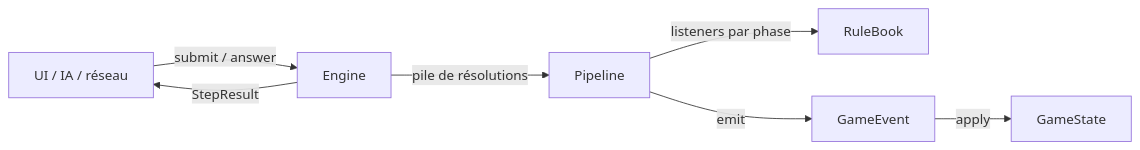
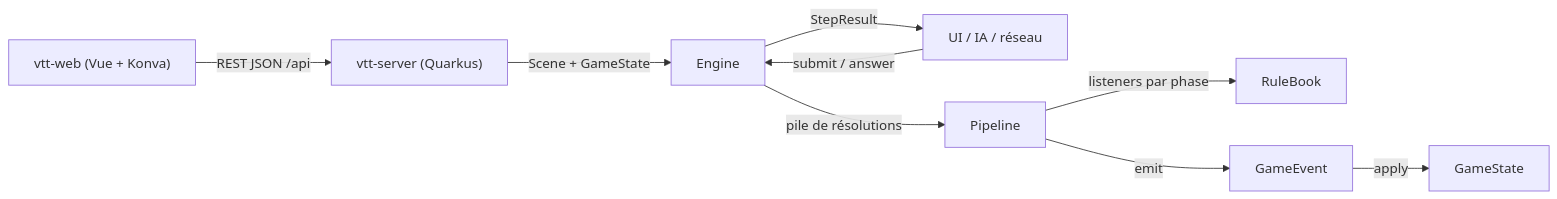
One commit to cyrilhouillon/solo-vtt changed the diagram in aidd_docs/memory/architecture.md. Above: the diagram before and after it, drawn with Mermaid. The commit also changed other lines of this file and 8 other files, not shown here.

````diff
--- a/aidd_docs/memory/architecture.md
+++ b/aidd_docs/memory/architecture.md
@@ -11,9 +12,11 @@
 ```mermaid
 flowchart LR
+  Web["vtt-web (Vue + Konva)"] -- "REST JSON /api" --> Server["vtt-server (Quarkus)"]
+  Server -- "Scene + GameState" --> Engine
   Caller["UI / IA / réseau"] -- "submit / answer" --> Engine
   Engine -- "pile de résolutions" --> Pipeline
   Pipeline -- "listeners par phase" --> RuleBook
   Pipeline -- "emit" --> Events["GameEvent"]
   Events -- "apply" --> State["GameState"]
   Engine -- "StepResult" --> Caller
 ```
````
